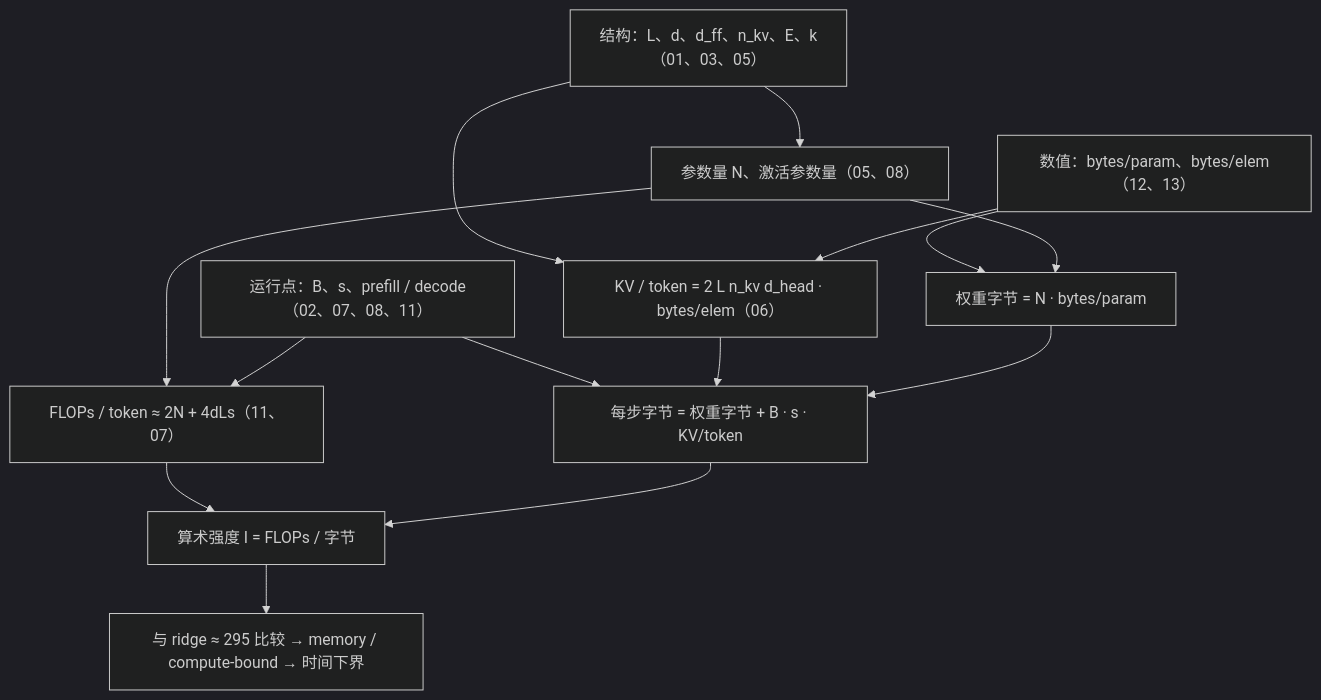
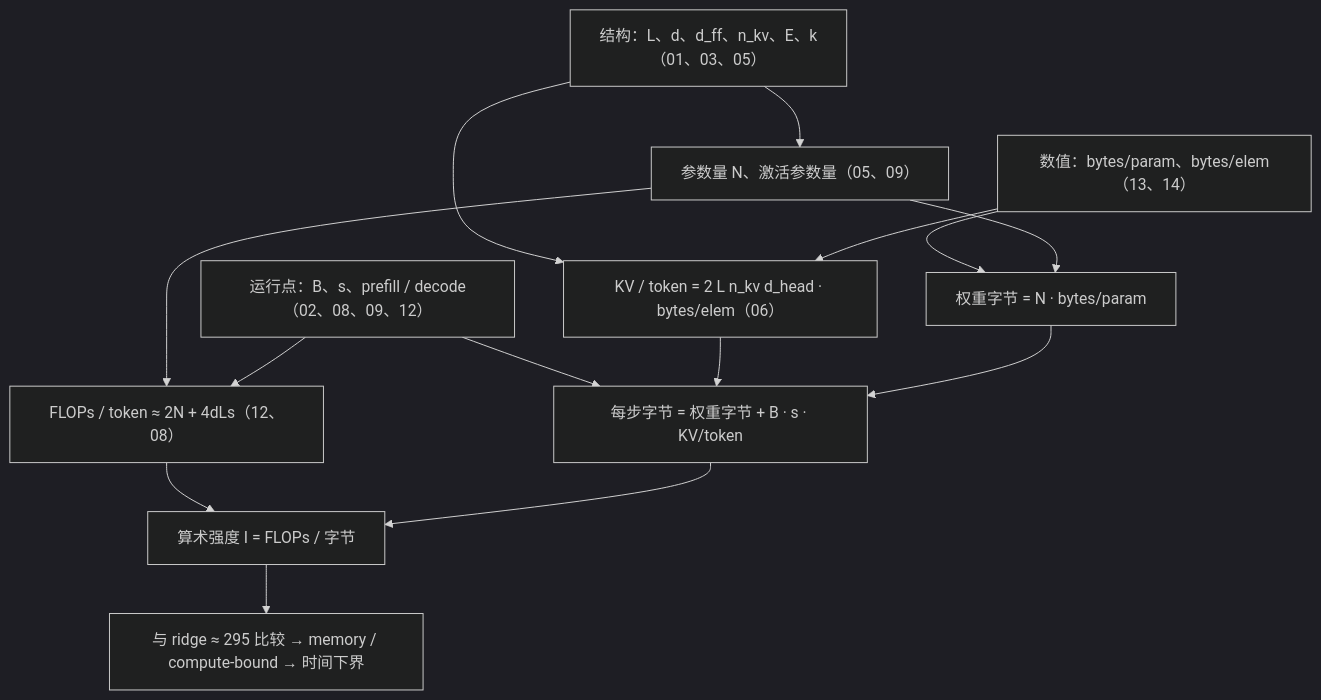
One commit to arganzheng/arganzheng.github.com changed the seventh of 7 diagrams in slides/2026-04-09-transformer-and-llm.md. Above: the diagram before and after it, drawn with Mermaid (dark theme). The commit also changed other lines of this file and 19 other files, not shown here.

````diff
--- a/slides/2026-04-09-transformer-and-llm.md
+++ b/slides/2026-04-09-transformer-and-llm.md
@@ -501,17 +529,17 @@
 ```mermaid
 %%{init: {"flowchart": {"wrappingWidth": 260}}}%%
 flowchart TB
-    S["结构：L、d、d_ff、n_kv、E、k<br/>（01、03、05）"] --> N["参数量 N、激活参数量（05、08）"]
+    S["结构：L、d、d_ff、n_kv、E、k<br/>（01、03、05）"] --> N["参数量 N、激活参数量（05、09）"]
     S --> K["KV / token = 2 L n_kv d_head · bytes/elem（06）"]
-    D["数值：bytes/param、bytes/elem（12、13）"] --> W["权重字节 = N · bytes/param"]
+    D["数值：bytes/param、bytes/elem（13、14）"] --> W["权重字节 = N · bytes/param"]
     N --> W
     D --> K
-    N --> F["FLOPs / token ≈ 2N + 4dLs（11、07）"]
-    R["运行点：B、s、prefill / decode（02、07、08、11）"] --> F
+    N --> F["FLOPs / token ≈ 2N + 4dLs（12、08）"]
+    R["运行点：B、s、prefill / decode（02、08、09、12）"] --> F
     R --> H["每步字节 = 权重字节 + B · s · KV/token"]
     K --> H
     W --> H
     F --> I["算术强度 I = FLOPs / 字节"]
     H --> I
     I --> T["与 ridge ≈ 295 比较 → memory / compute-bound → 时间下界"]
 ```
````
